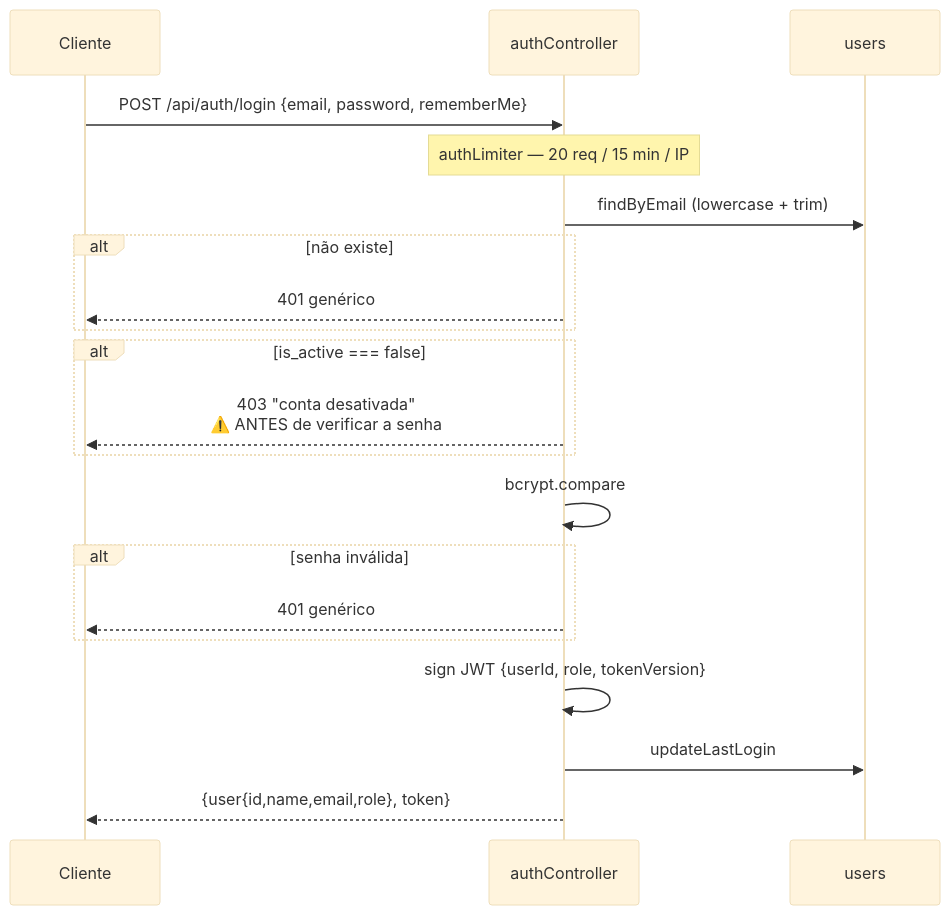
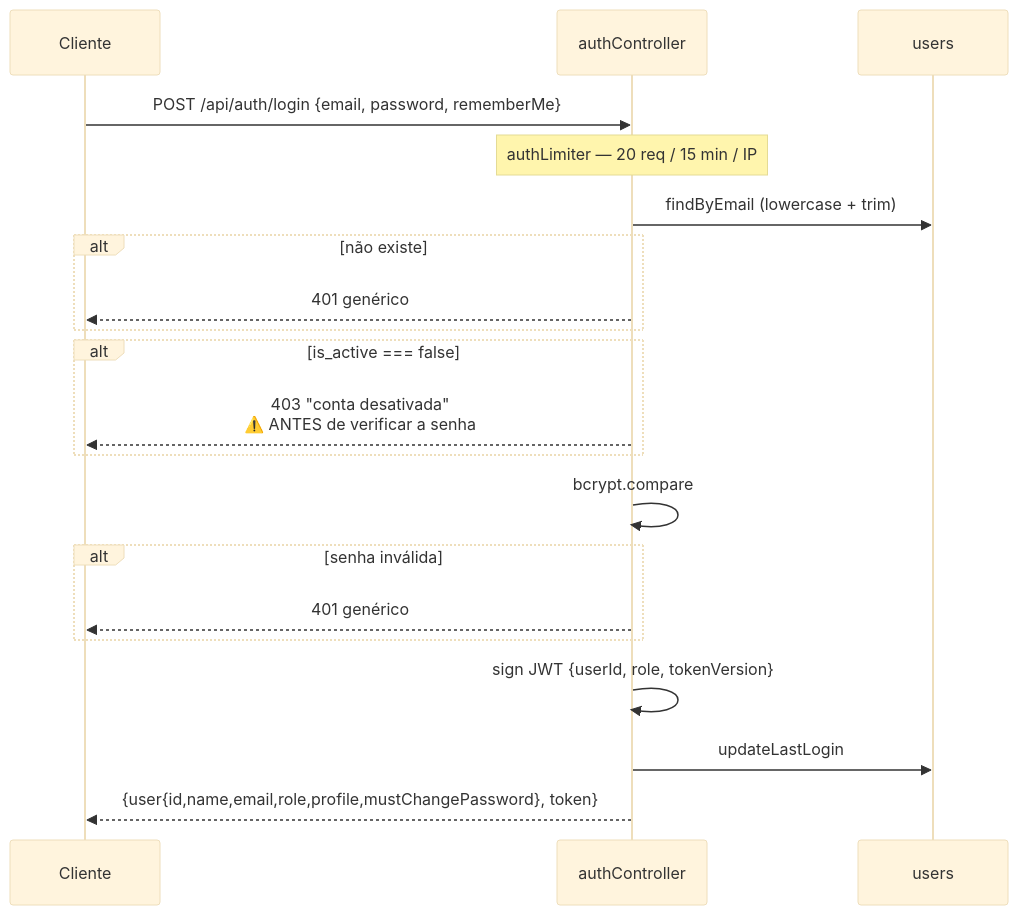
The first of 3 diagrams in docs/AUTHORIZATION.md (lucasxtech/JiuMetrics), drawn with Mermaid (base theme) before and after one commit. The commit also changed other lines of this file and 13 other files, not shown here.

Commit message:
docs(spec 014): ADR-014, autorização por perfil, domínio, banco, API, roadmap e changelog

````diff
--- a/docs/AUTHORIZATION.md
+++ b/docs/AUTHORIZATION.md
@@ -28,23 +31,23 @@
 ```mermaid
 sequenceDiagram
     participant U as Cliente
     participant A as authController
     participant DB as users
 
     U->>A: POST /api/auth/login {email, password, rememberMe}
     Note over A: authLimiter — 20 req / 15 min / IP
     A->>DB: findByEmail (lowercase + trim)
     alt não existe
         A-->>U: 401 genérico
     end
     alt is_active === false
         A-->>U: 403 "conta desativada"<br/>⚠️ ANTES de verificar a senha
     end
     A->>A: bcrypt.compare
     alt senha inválida
         A-->>U: 401 genérico
     end
     A->>A: sign JWT {userId, role, tokenVersion}
     A->>DB: updateLastLogin
-    A-->>U: {user{id,name,email,role}, token}
+    A-->>U: {user{id,name,email,role,profile,mustChangePassword}, token}
 ```
````
